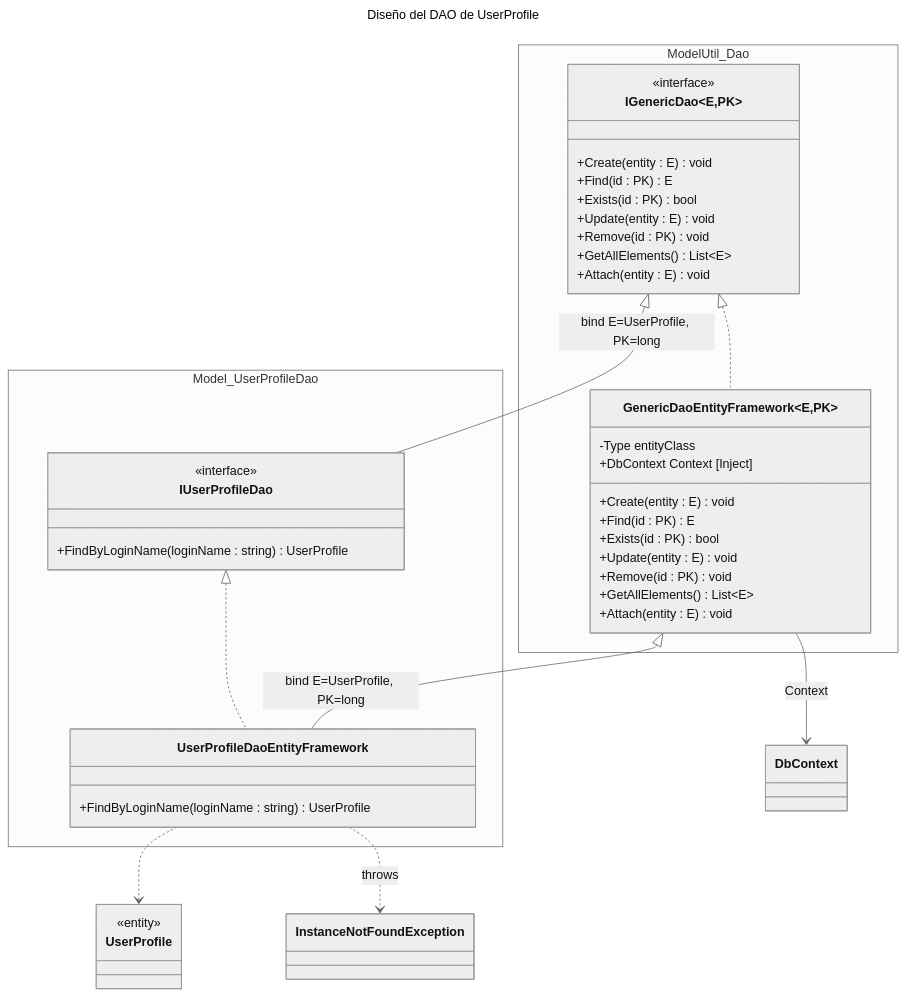
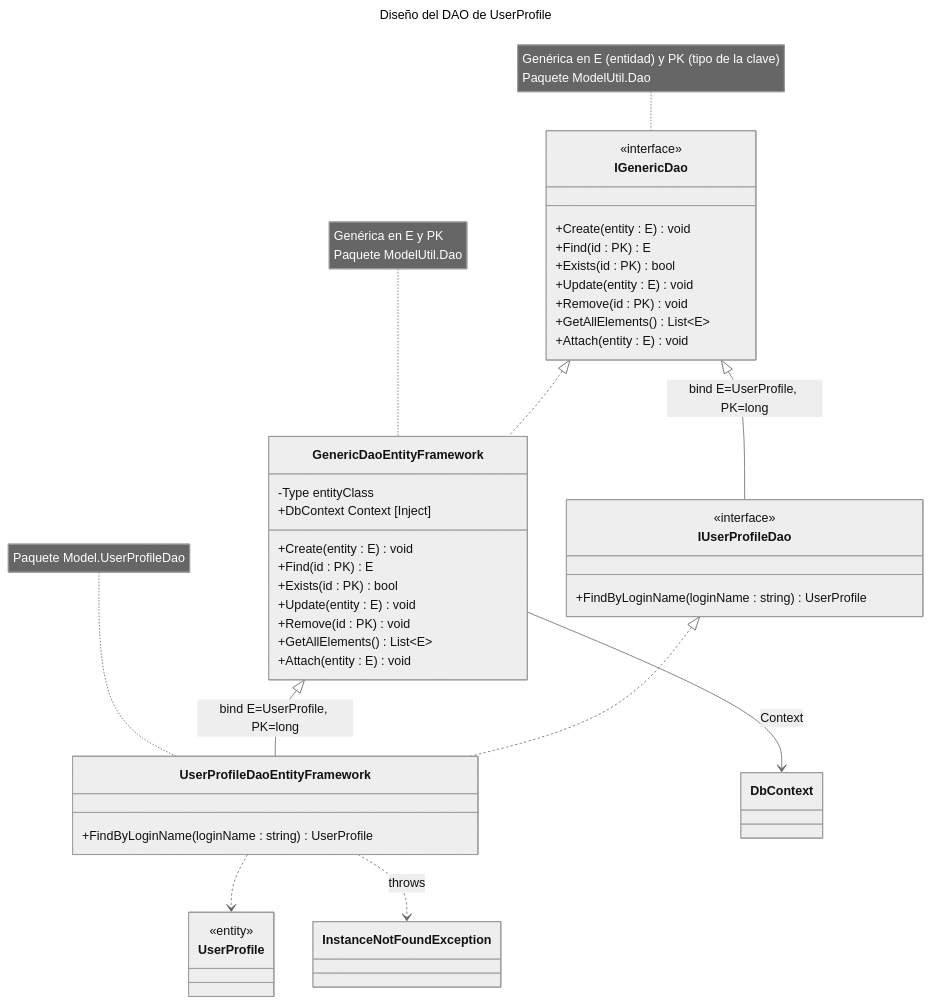
Before and after one commit to Martinhdeez/memoria-trustify-preview: the eighth of 11 diagrams in README.md, drawn with Mermaid (neutral theme).

Commit message:
Corregir diagrama del DAO

````diff
--- a/README.md
+++ b/README.md
@@ -457,50 +457,50 @@
 ```mermaid
 ---
 title: Diseño del DAO de UserProfile
 ---
 classDiagram
-    namespace ModelUtil_Dao {
-        class IGenericDao~E,PK~ {
-            <<interface>>
-            +Create(entity : E) void
-            +Find(id : PK) E
-            +Exists(id : PK) bool
-            +Update(entity : E) void
-            +Remove(id : PK) void
-            +GetAllElements() List~E~
-            +Attach(entity : E) void
-        }
-        class GenericDaoEntityFramework~E,PK~ {
-            -Type entityClass
-            +DbContext Context [Inject]
-            +Create(entity : E) void
-            +Find(id : PK) E
-            +Exists(id : PK) bool
-            +Update(entity : E) void
-            +Remove(id : PK) void
-            +GetAllElements() List~E~
-            +Attach(entity : E) void
-        }
+    class IGenericDao {
+        <<interface>>
+        +Create(entity : E) void
+        +Find(id : PK) E
+        +Exists(id : PK) bool
+        +Update(entity : E) void
+        +Remove(id : PK) void
+        +GetAllElements() List~E~
+        +Attach(entity : E) void
     }
-    namespace Model_UserProfileDao {
-        class IUserProfileDao {
-            <<interface>>
-            +FindByLoginName(loginName : string) UserProfile
-        }
-        class UserProfileDaoEntityFramework {
-            +FindByLoginName(loginName : string) UserProfile
-        }
+    class GenericDaoEntityFramework {
+        -Type entityClass
+        +DbContext Context [Inject]
+        +Create(entity : E) void
+        +Find(id : PK) E
+        +Exists(id : PK) bool
+        +Update(entity : E) void
+        +Remove(id : PK) void
+        +GetAllElements() List~E~
+        +Attach(entity : E) void
+    }
+    class IUserProfileDao {
+        <<interface>>
+        +FindByLoginName(loginName : string) UserProfile
+    }
+    class UserProfileDaoEntityFramework {
+        +FindByLoginName(loginName : string) UserProfile
     }
     class DbContext
     class UserProfile {
         <<entity>>
     }
 
     IGenericDao <|.. GenericDaoEntityFramework
     IGenericDao <|-- IUserProfileDao : bind E=UserProfile, PK=long
     GenericDaoEntityFramework <|-- UserProfileDaoEntityFramework : bind E=UserProfile, PK=long
     IUserProfileDao <|.. UserProfileDaoEntityFramework
     GenericDaoEntityFramework --> DbContext : Context
     UserProfileDaoEntityFramework ..> UserProfile
     UserProfileDaoEntityFramework ..> InstanceNotFoundException : throws
+
+    note for IGenericDao "Genérica en E (entidad) y PK (tipo de la clave)<br>Paquete ModelUtil.Dao"
+    note for GenericDaoEntityFramework "Genérica en E y PK<br>Paquete ModelUtil.Dao"
+    note for UserProfileDaoEntityFramework "Paquete Model.UserProfileDao"
 ```
````
